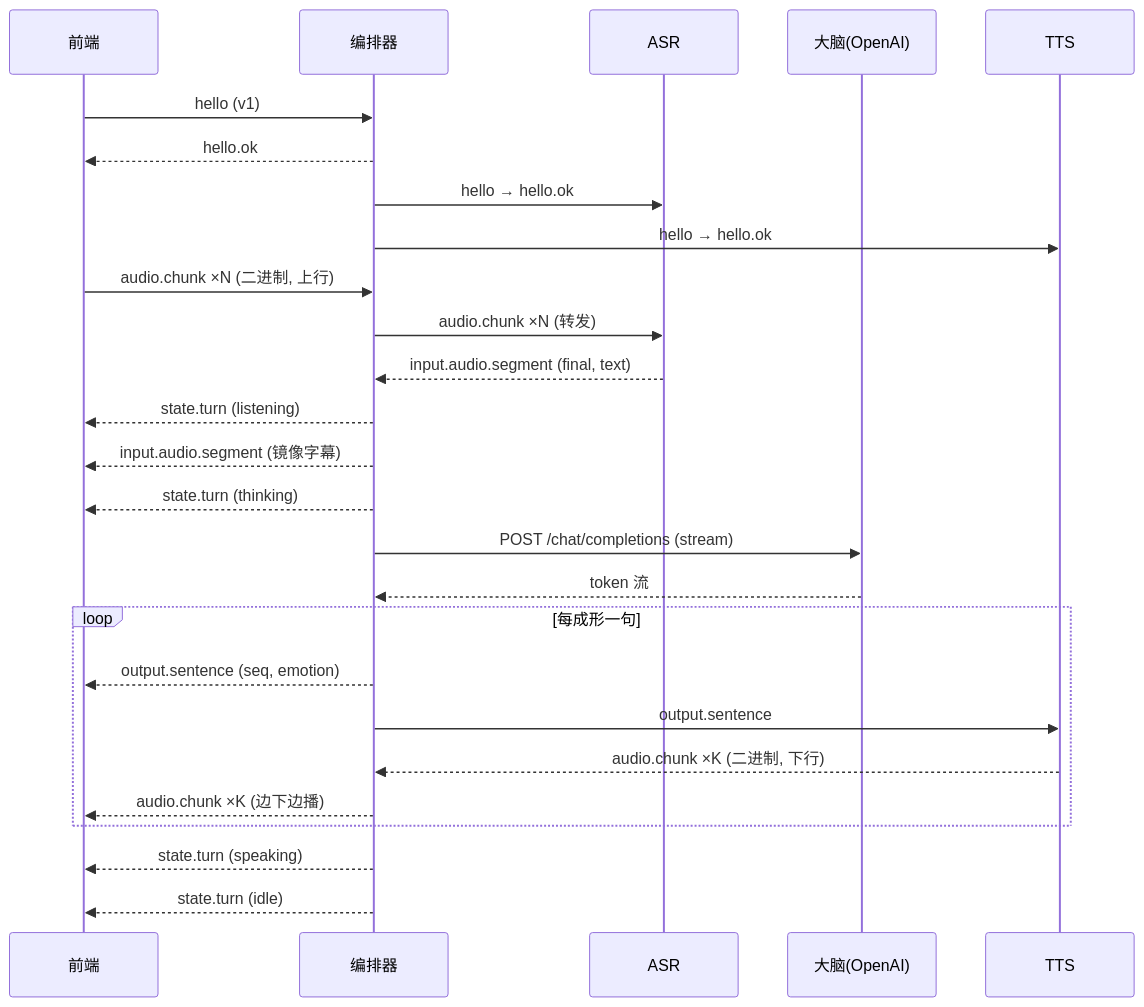
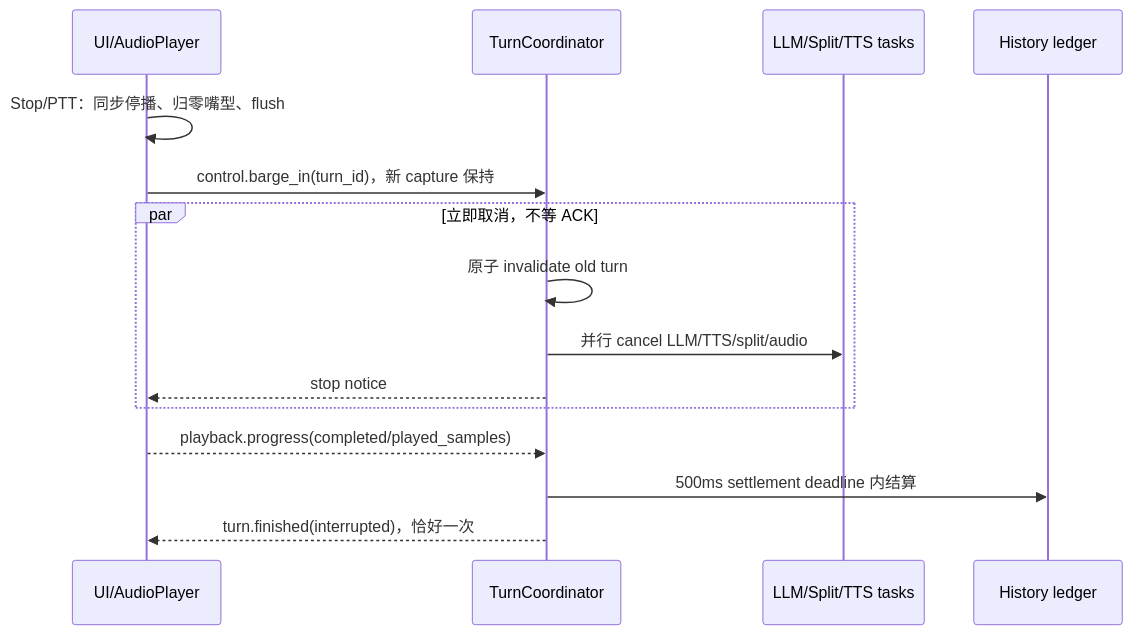
One commit to Momoyeyu/momo changed the second of 2 diagrams in docs/01-architecture/protocol.md. Above: the diagram before and after it, drawn with Mermaid. The commit also changed other lines of this file and 122 other files, not shown here.

````diff
--- a/docs/01-architecture/protocol.md
+++ b/docs/01-architecture/protocol.md
@@ -296,30 +120,17 @@
 ```mermaid
 sequenceDiagram
-    participant UI as 前端
-    participant O as 编排器
-    participant A as ASR
-    participant B as 大脑(OpenAI)
-    participant T as TTS
-
-    UI->>O: hello (v1)
-    O-->>UI: hello.ok
-    O->>A: hello → hello.ok
-    O->>T: hello → hello.ok
-
-    UI->>O: audio.chunk ×N (二进制, 上行)
-    O->>A: audio.chunk ×N (转发)
-    A-->>O: input.audio.segment (final, text)
-    O-->>UI: state.turn (listening)
-    O-->>UI: input.audio.segment (镜像字幕)
-    O-->>UI: state.turn (thinking)
-    O->>B: POST /chat/completions (stream)
-    B-->>O: token 流
-    loop 每成形一句
-        O-->>UI: output.sentence (seq, emotion)
-        O->>T: output.sentence
-        T-->>O: audio.chunk ×K (二进制, 下行)
-        O-->>UI: audio.chunk ×K (边下边播)
+    participant UI as UI/AudioPlayer
+    participant O as TurnCoordinator
+    participant L as LLM/Split/TTS tasks
+    participant H as History ledger
+    UI->>UI: Stop/PTT：同步停播、归零嘴型、flush
+    UI->>O: control.barge_in(turn_id)，新 capture 保持
+    par 立即取消，不等 ACK
+        O->>O: 原子 invalidate old turn
+        O->>L: 并行 cancel LLM/TTS/split/audio
+        O-->>UI: stop notice
     end
-    O-->>UI: state.turn (speaking)
-    O-->>UI: state.turn (idle)
+    UI-->>O: playback.progress(completed/played_samples)
+    O->>H: 500ms settlement deadline 内结算
+    O-->>UI: turn.finished(interrupted)，恰好一次
 ```
````
